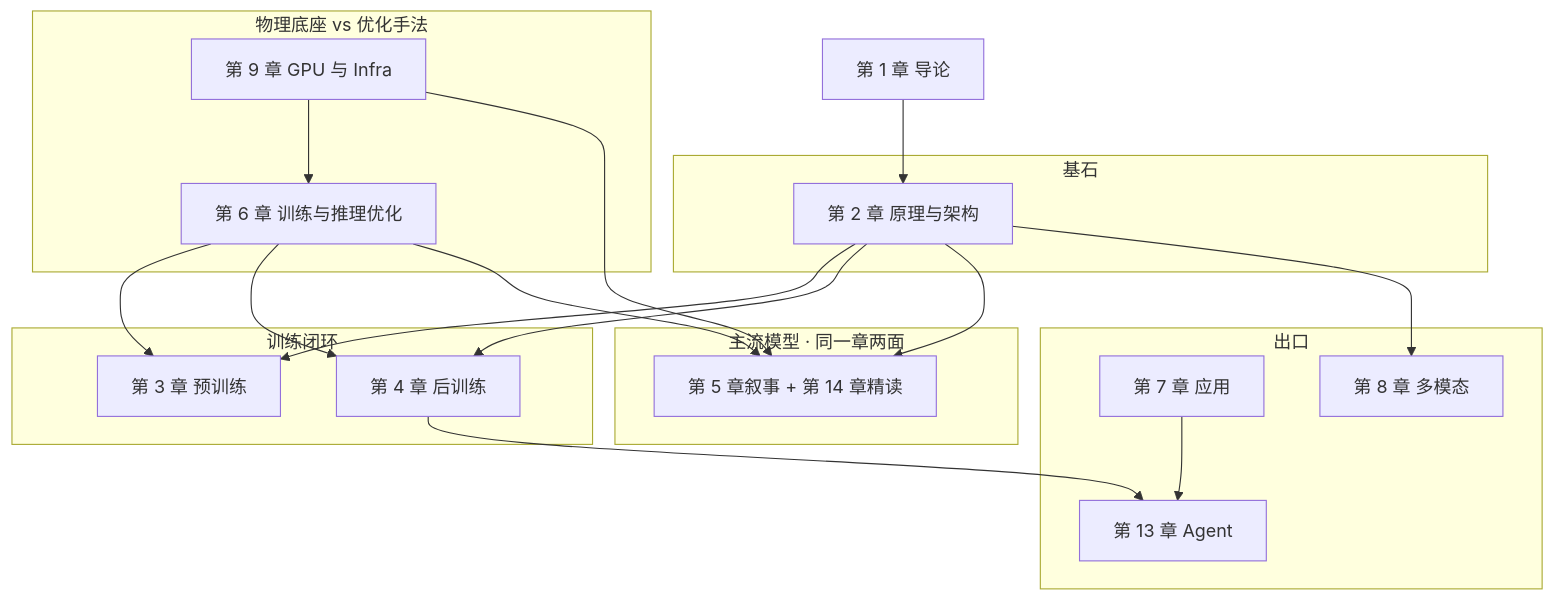
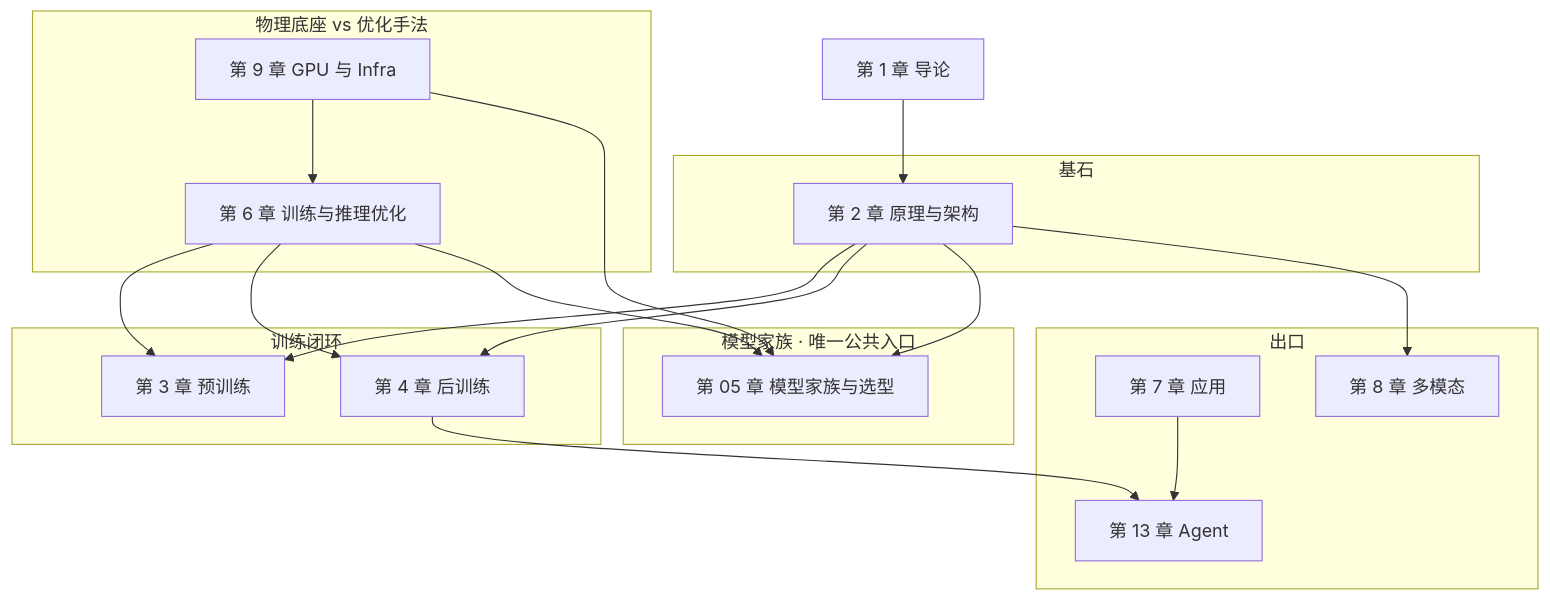
One commit to SingularGuyLeBorn/OasisMind changed the diagram in content/llm-guide/1-导论与基础/1.1-学习路线与知识图谱/知识图谱-2026-08.md. Above: the diagram before and after it, drawn with Mermaid. The commit also changed other lines of this file and 71 other files, not shown here.

````diff
--- a/content/llm-guide/1-导论与基础/1.1-学习路线与知识图谱/知识图谱-2026-08.md
+++ b/content/llm-guide/1-导论与基础/1.1-学习路线与知识图谱/知识图谱-2026-08.md
@@ -29,36 +29,36 @@
 ```mermaid
 flowchart TB
   subgraph foundation [基石]
     C2["第 2 章 原理与架构"]
   end
   subgraph trainloop [训练闭环]
     C3["第 3 章 预训练"]
     C4["第 4 章 后训练"]
   end
   subgraph physopt [物理底座 vs 优化手法]
     C9["第 9 章 GPU 与 Infra"]
     C6["第 6 章 训练与推理优化"]
   end
-  subgraph models [主流模型 · 同一章两面]
-    C5_14["第 5 章叙事 + 第 14 章精读"]
+  subgraph models [模型家族 · 唯一公共入口]
+    C5["第 05 章 模型家族与选型"]
   end
   subgraph exits [出口]
     C7["第 7 章 应用"]
     C8["第 8 章 多模态"]
     C13["第 13 章 Agent"]
   end
   C1["第 1 章 导论"]
 
   C1 --> C2
   C2 --> C3
   C2 --> C4
   C9 --> C6
   C6 --> C3
   C6 --> C4
-  C2 --> C5_14
-  C6 --> C5_14
-  C9 --> C5_14
+  C2 --> C5
+  C6 --> C5
+  C9 --> C5
   C4 --> C13
   C2 --> C8
   C7 --> C13
 ```
````
